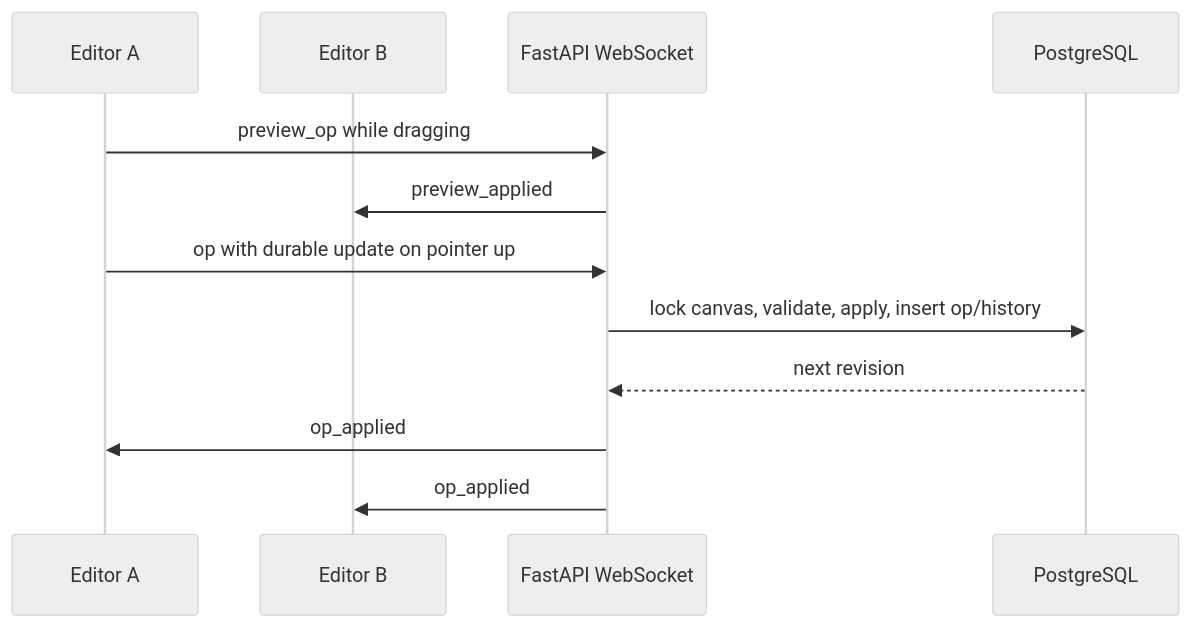
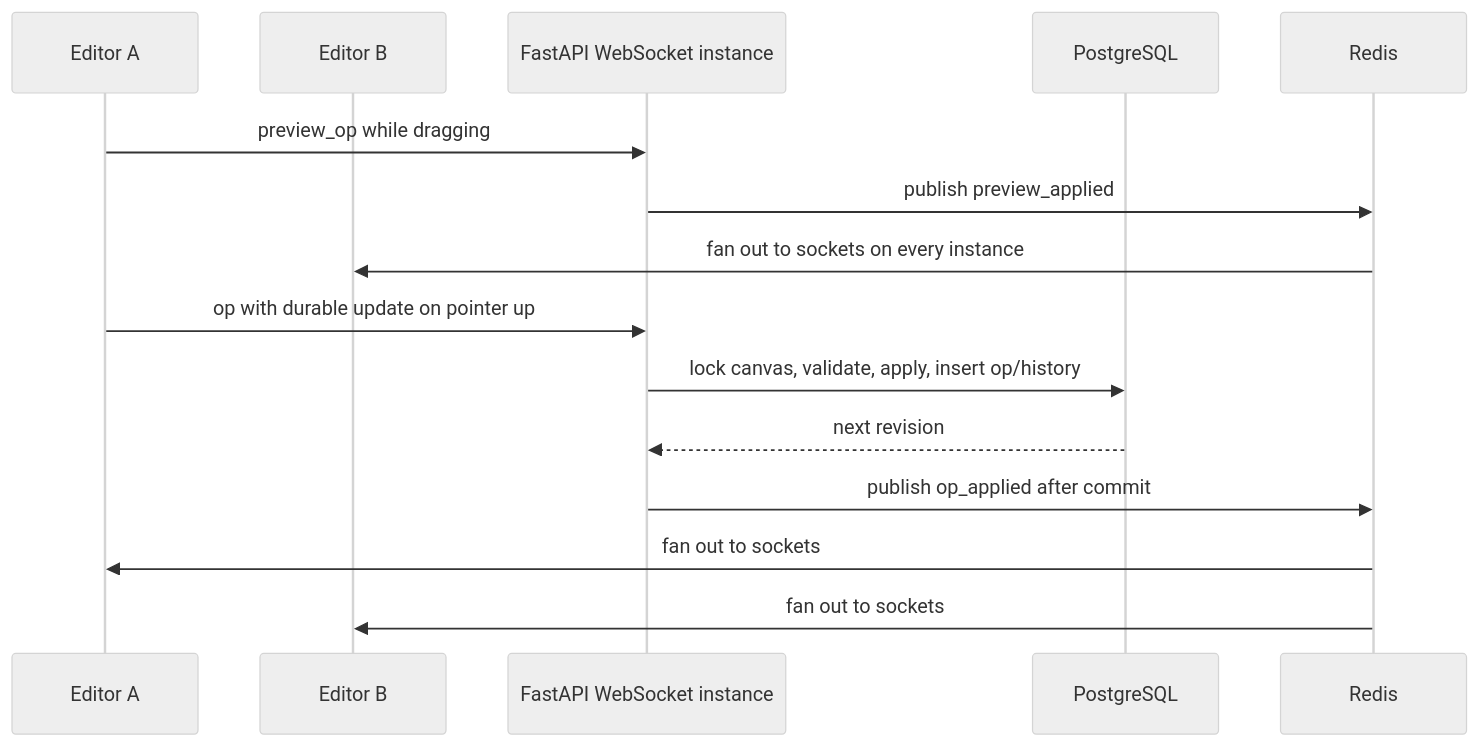
One commit to JBoss925/LiveBoard changed the second of 2 diagrams in docs/architecture.md. Above: the diagram before and after it, drawn with Mermaid (neutral theme). The commit also changed other lines of this file and 18 other files, not shown here.

````diff
--- a/docs/architecture.md
+++ b/docs/architecture.md
@@ -93,15 +105,18 @@
 ```mermaid
 sequenceDiagram
   participant A as Editor A
   participant B as Editor B
-  participant WS as FastAPI WebSocket
+  participant WS as FastAPI WebSocket instance
   participant DB as PostgreSQL
+  participant Redis as Redis
 
   A->>WS: preview_op while dragging
-  WS->>B: preview_applied
+  WS->>Redis: publish preview_applied
+  Redis->>B: fan out to sockets on every instance
   A->>WS: op with durable update on pointer up
   WS->>DB: lock canvas, validate, apply, insert op/history
   DB-->>WS: next revision
-  WS->>A: op_applied
-  WS->>B: op_applied
+  WS->>Redis: publish op_applied after commit
+  Redis->>A: fan out to sockets
+  Redis->>B: fan out to sockets
 ```
````
